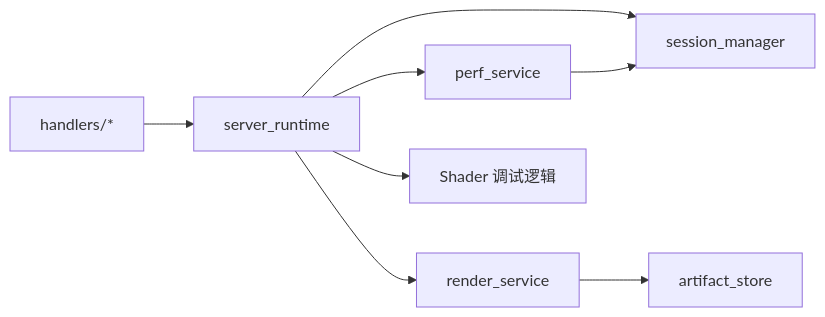
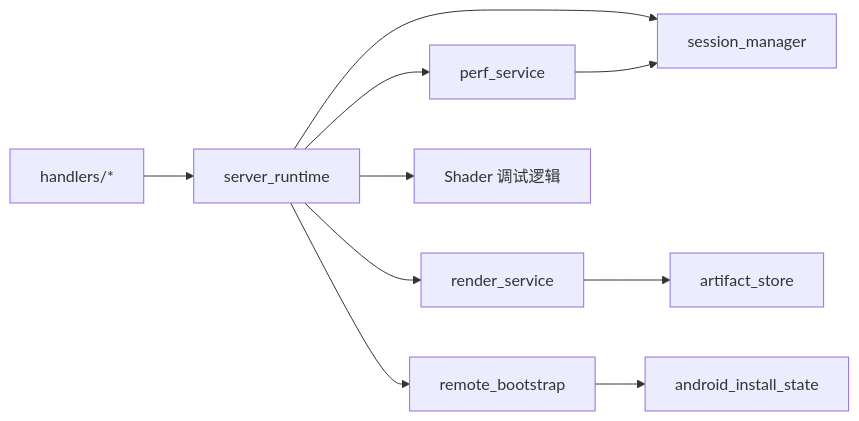
One commit to haolange/RDC-Tool changed diagram 11 of 11 in .qoder/repowiki/zh/content/项目概述/核心功能.md. Above: the diagram before and after it, drawn with Mermaid. The commit also changed other lines of this file and 67 other files, not shown here.

````diff
--- a/.qoder/repowiki/zh/content/项目概述/核心功能.md
+++ b/.qoder/repowiki/zh/content/项目概述/核心功能.md
@@ -318,10 +421,12 @@
 ```mermaid
 graph LR
 Handlers["handlers/*"] --> RT["server_runtime"]
 RT --> SM["session_manager"]
 RT --> RS["render_service"]
 RT --> PS["perf_service"]
 RT --> DebugLogic["Shader 调试逻辑"]
+RT --> RemoteBoot["remote_bootstrap"]
+RemoteBoot --> InstallState["android_install_state"]
 RS --> ART["artifact_store"]
 PS --> SM
 ```
````
